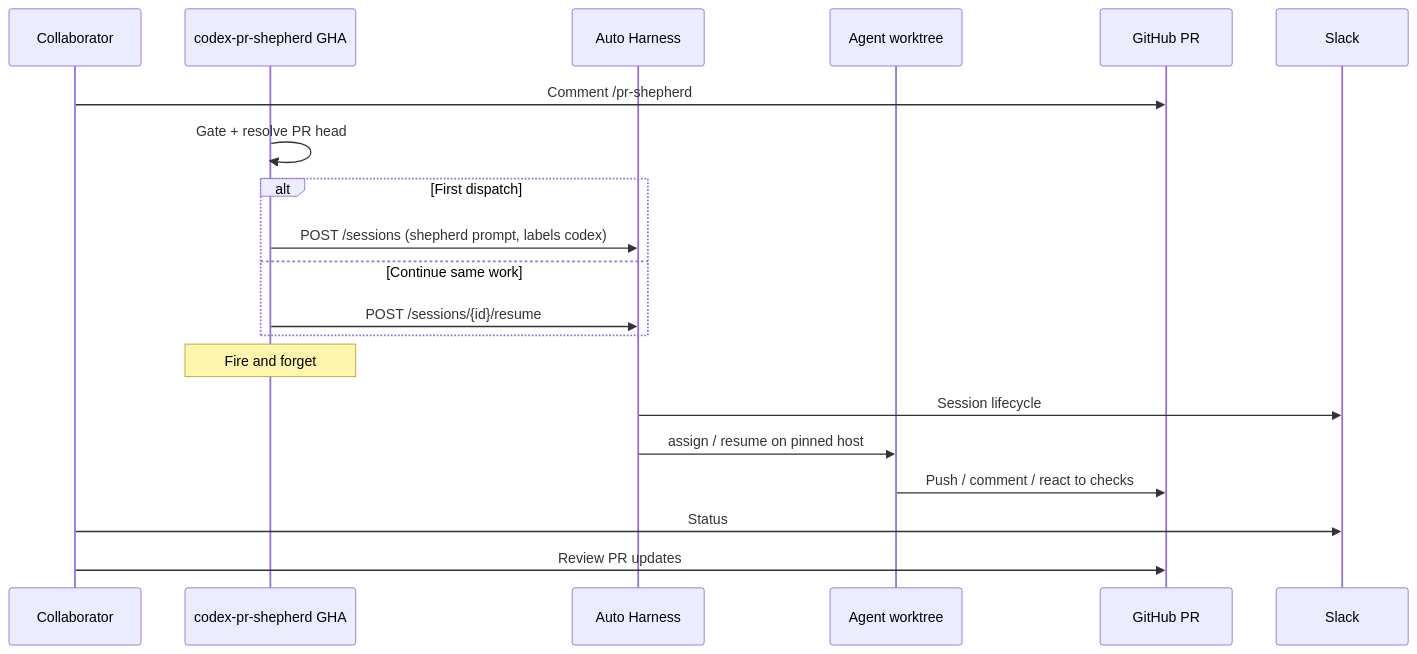
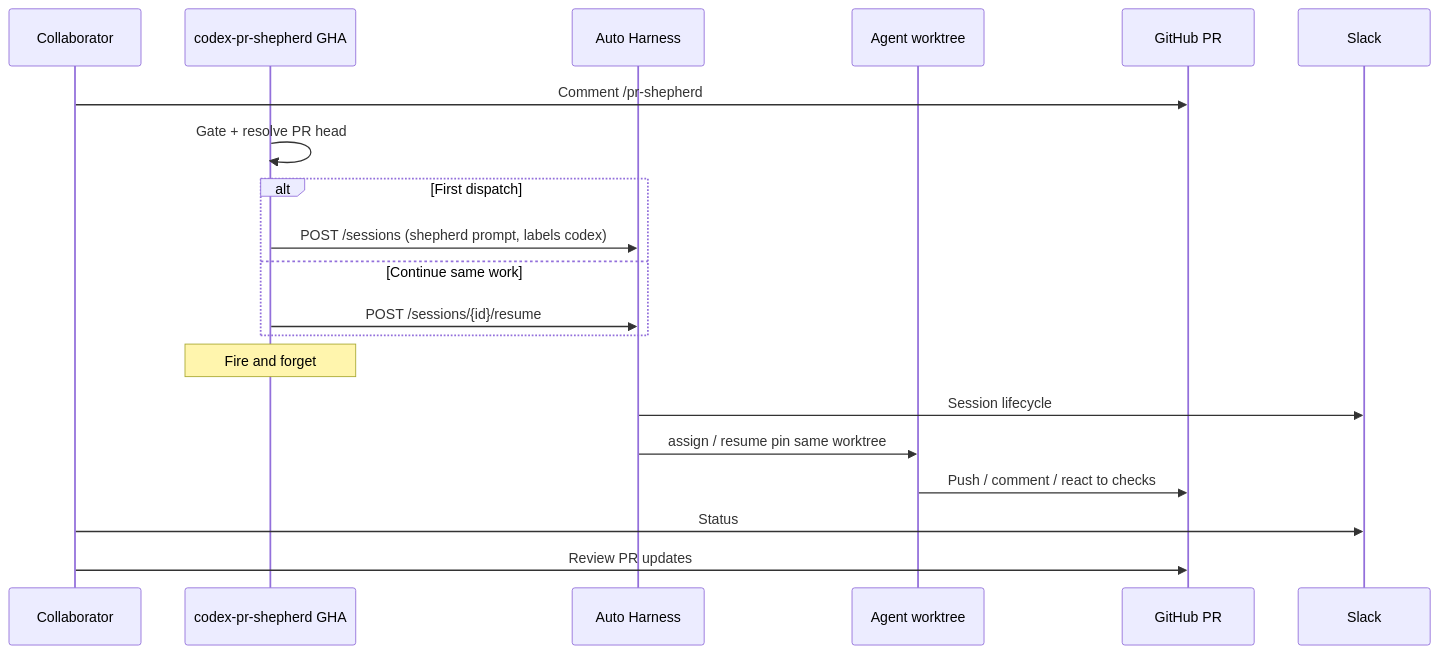
One commit to jonathanong/auto-harness changed the fifth of 9 diagrams in docs/harness.md. Above: the diagram before and after it, drawn with Mermaid. The commit also changed other lines of this file and 123 other files, not shown here.

````diff
--- a/docs/harness.md
+++ b/docs/harness.md
@@ -215,23 +215,23 @@
 ```mermaid
 sequenceDiagram
   participant Dev as Collaborator
   participant GHA as codex-pr-shepherd GHA
   participant AH as Auto Harness
   participant Agent as Agent worktree
   participant PR as GitHub PR
   participant Slack as Slack
 
   Dev->>PR: Comment /pr-shepherd
   GHA->>GHA: Gate + resolve PR head
   alt First dispatch
     GHA->>AH: POST /sessions (shepherd prompt, labels codex)
   else Continue same work
     GHA->>AH: POST /sessions/{id}/resume
   end
   Note over GHA: Fire and forget
   AH->>Slack: Session lifecycle
-  AH->>Agent: assign / resume on pinned host
+  AH->>Agent: assign / resume pin same worktree
   Agent->>PR: Push / comment / react to checks
   Dev->>Slack: Status
   Dev->>PR: Review PR updates
 ```
````
